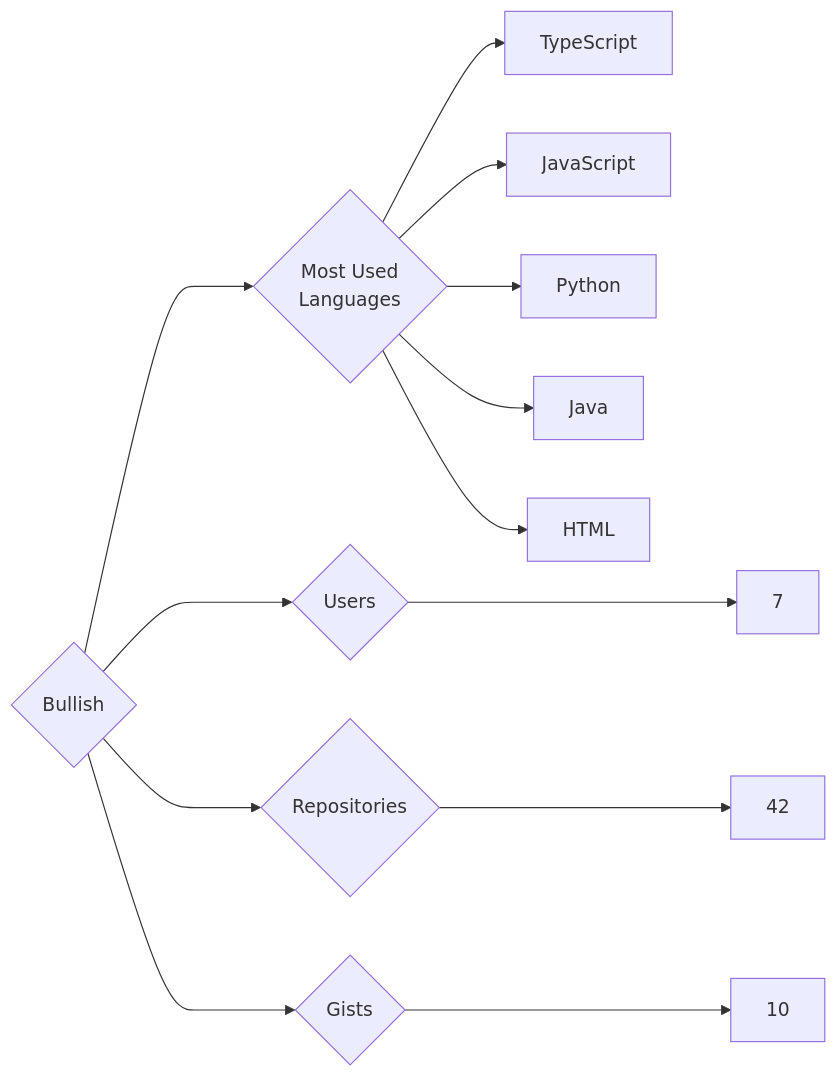
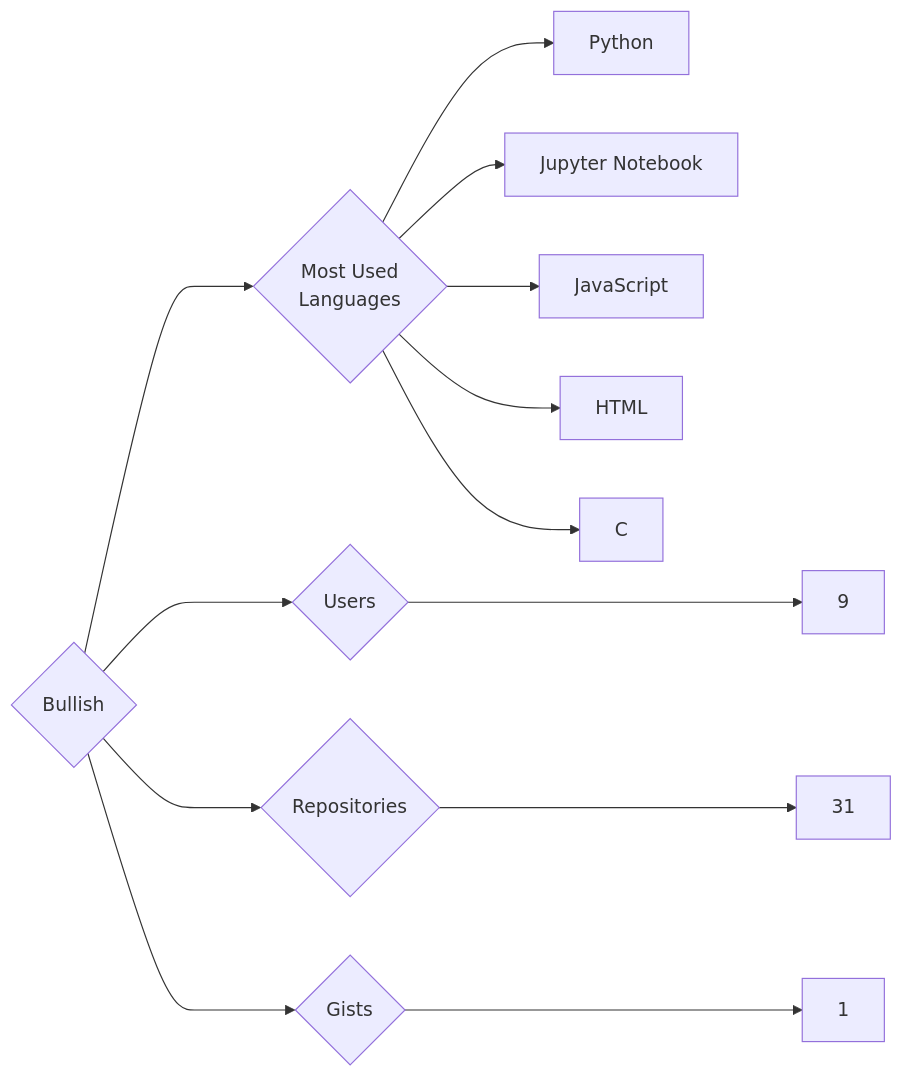
The diagram in targets/Bullish/README.md (trickest/insiders), drawn with Mermaid before and after one commit. The commit also changed 988 other files, not shown here.

````diff
--- a/targets/Bullish/README.md
+++ b/targets/Bullish/README.md
@@ -3,13 +3,13 @@
 ```mermaid
 graph LR
 COMPANY_NAME{Bullish}
-COMPANY_NAME ---> U{Users} ---> UN[7]
-COMPANY_NAME ---> R{Repositories} ---> RN[42]
-COMPANY_NAME ---> G{Gists} ---> GN[10]
+COMPANY_NAME ---> U{Users} ---> UN[9]
+COMPANY_NAME ---> R{Repositories} ---> RN[31]
+COMPANY_NAME ---> G{Gists} ---> GN[1]
 COMPANY_NAME ---> ML{Most Used<br>Languages}
-ML --> TypeScript[TypeScript]
+ML --> Python[Python]
+ML --> Jupyter_Notebook[Jupyter Notebook]
 ML --> JavaScript[JavaScript]
-ML --> Python[Python]
-ML --> Java[Java]
 ML --> HTML[HTML]
+ML --> C[C]
 ```
````
